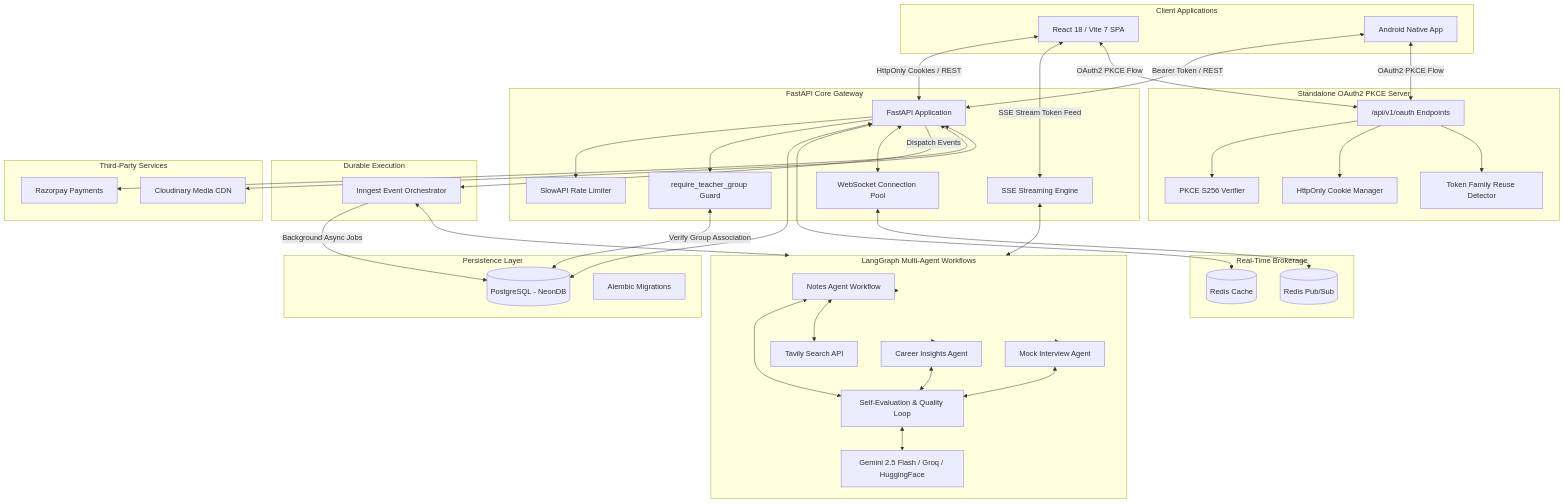
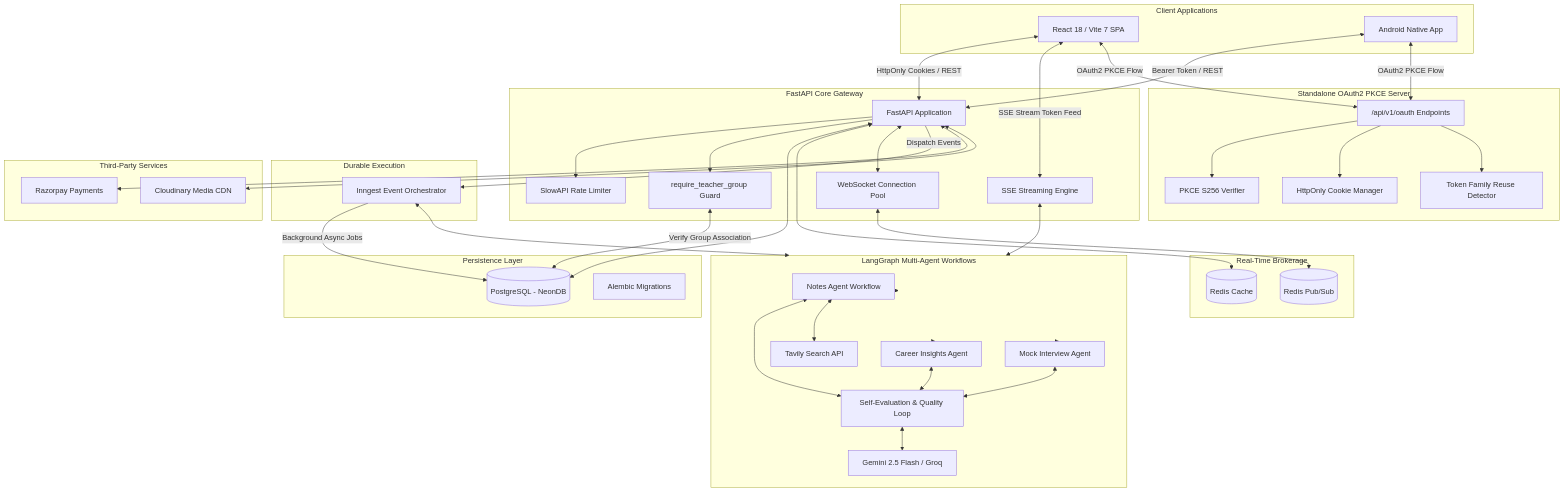
Before and after one commit to Sandeep-singh-99/ClassBuddy: the first of 5 diagrams in README.md, drawn with Mermaid. The commit also changed other lines of this file and 48 other files, not shown here.

```diff
--- a/README.md
+++ b/README.md
@@ -183,7 +183,7 @@
         IndustryAgent[Career Insights Agent]
         InterviewAgent[Mock Interview Agent]
         EvaluatorNode[Self-Evaluation & Quality Loop]
-        LLM[Gemini 2.5 Flash / Groq / HuggingFace]
+        LLM[Gemini 2.5 Flash / Groq]
         TavilyAPI[Tavily Search API]
     end
 
```
